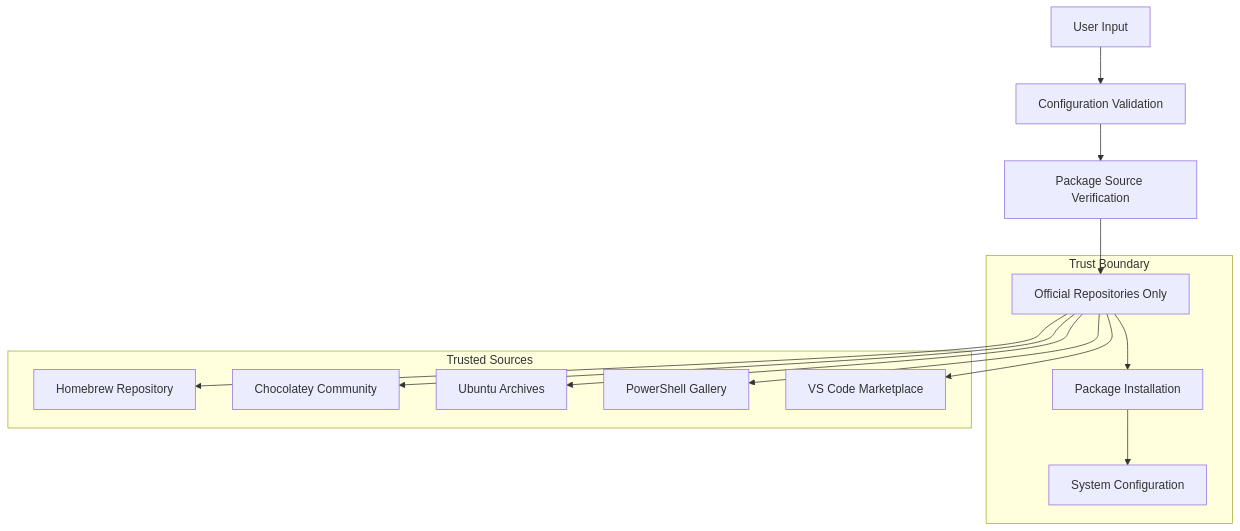
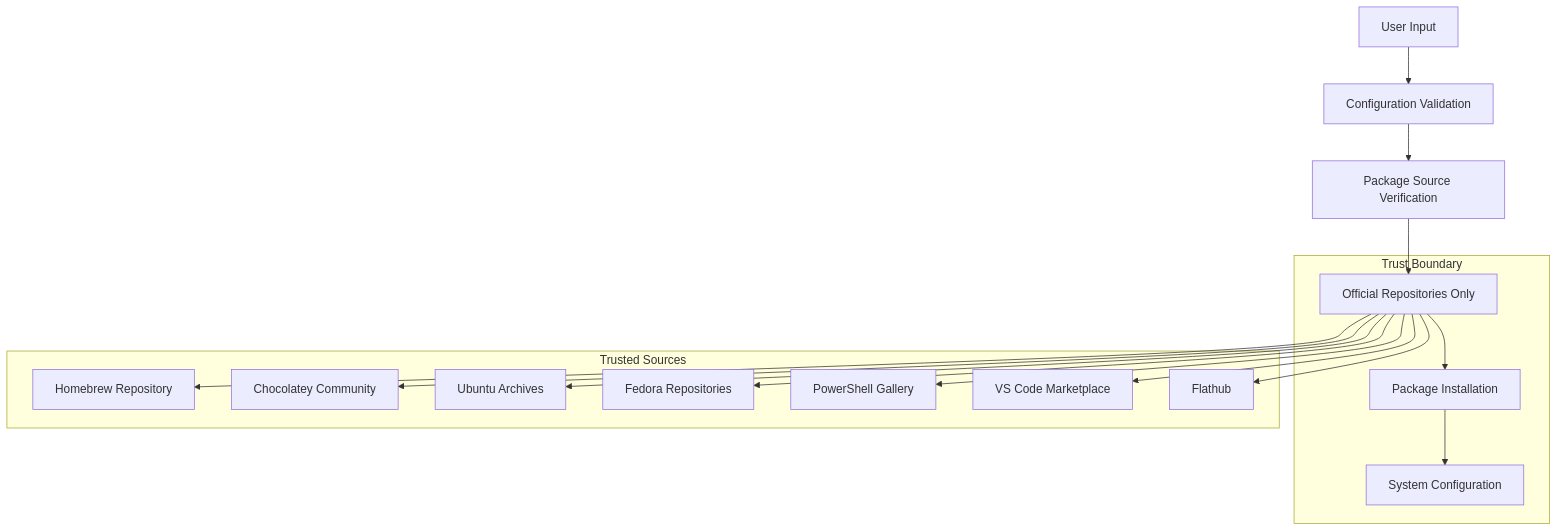
The eighth of 10 diagrams in docs/architecture.md (ryanspletzer/dev-machine-setup), drawn with Mermaid before and after one commit. The commit also changed other lines of this file and 20 other files, not shown here.

````diff
--- a/docs/architecture.md
+++ b/docs/architecture.md
@@ -248,28 +298,32 @@
 ```mermaid
 graph TB
     A[User Input] --> B[Configuration Validation]
     B --> C[Package Source Verification]
     C --> D[Official Repositories Only]
     D --> E[Package Installation]
     E --> F[System Configuration]
 
     subgraph "Trust Boundary"
         D
         E
         F
     end
 
     subgraph "Trusted Sources"
         G[Homebrew Repository]
         H[Chocolatey Community]
         I[Ubuntu Archives]
+        I2[Fedora Repositories]
         J[PowerShell Gallery]
         K[VS Code Marketplace]
+        K2[Flathub]
     end
 
     D --> G
     D --> H
     D --> I
+    D --> I2
     D --> J
     D --> K
+    D --> K2
 ```
````
